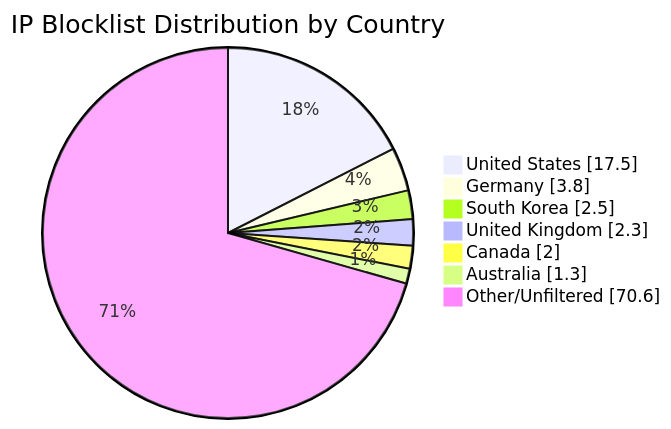
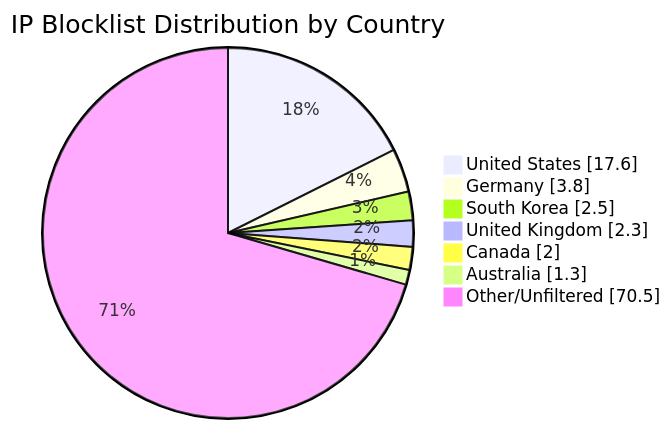
One commit to MarcusHoltz/ipblocklist-geofiltered-aggregator changed the diagram in README.md. Above: the diagram before and after it, drawn with Mermaid. The commit also changed other lines of this file and 9 other files, not shown here.

````diff
--- a/README.md
+++ b/README.md
@@ -34,10 +34,10 @@
 ```mermaid
 pie showData title IP Blocklist Distribution by Country
-"United States" : 17.5
+"United States" : 17.6
 "Germany" : 3.8
 "South Korea" : 2.5
 "United Kingdom" : 2.3
 "Canada" : 2.0
 "Australia" : 1.3
-"Other/Unfiltered" : 70.6
+"Other/Unfiltered" : 70.5
 ```
````
